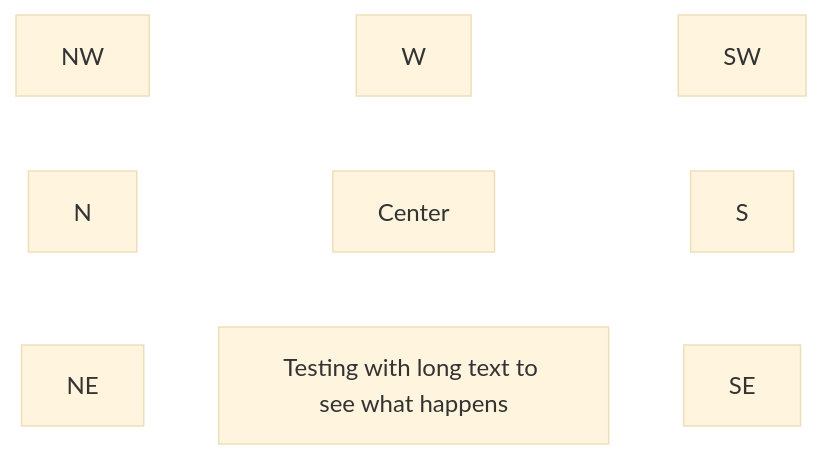
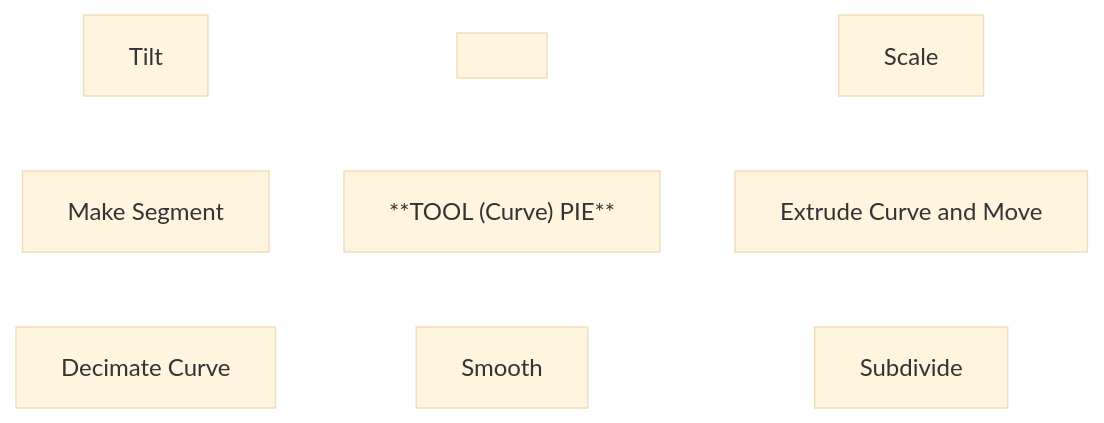
The eighth of 19 diagrams in Documentation/Blue Hole Pie Menus.md (ispaure/BlueHoleDeluxePrefs), drawn with Mermaid (base theme) before and after one commit. The commit also changed other lines of this file and 1 other file, not shown here.

Commit message:
Updated pie menu documentation. Added license file

````diff
--- a/Documentation/Blue Hole Pie Menus.md
+++ b/Documentation/Blue Hole Pie Menus.md
@@ -33,24 +230,24 @@
 ```mermaid
 graph TD
 
     %% Nodes
-    NW["NW"]
-    N["N"]
-    NE["NE"]
+    NW["Tilt"]
+    W["Make Segment"]
+    SW["Decimate Curve"]
 
-    W["W"]
-    C["Center"]
-    E["Testing with long text to see what happens"]
+    N[" "]
+    C["**TOOL (Curve) PIE**"]
+    S["Smooth"]
 
-    SW["SW"]
-    S["S"]
-    SE["SE"]
+    NE["Scale"]
+    E["Extrude Curve and Move"]
+    SE["Subdivide"]
 
     %% Fake links for positioning
-    NW --- N --- NE
-    W --- C --- E
-    SW --- S --- SE
+    NW --- W --- SW
+    N --- C --- S
+    NE --- E --- SE
 
     %% Hide all connectors AND arrowheads
     linkStyle default stroke:transparent,stroke-width:0;
 ```
````
